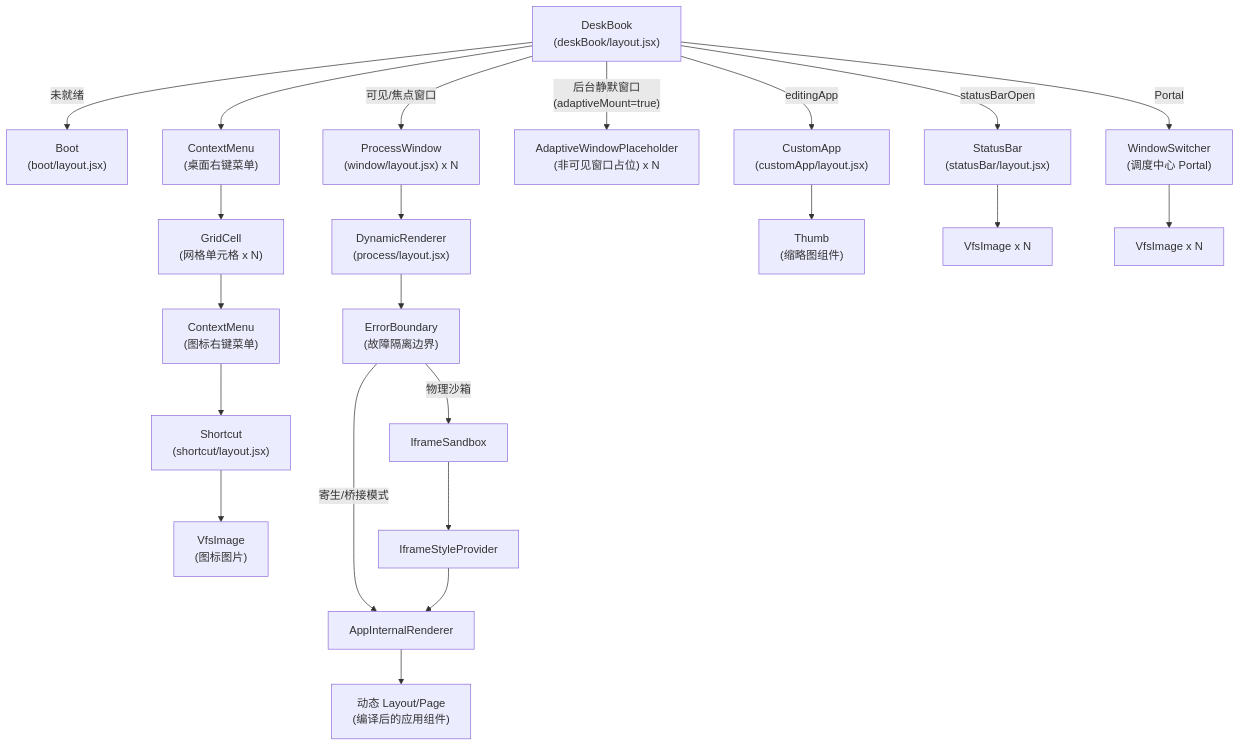
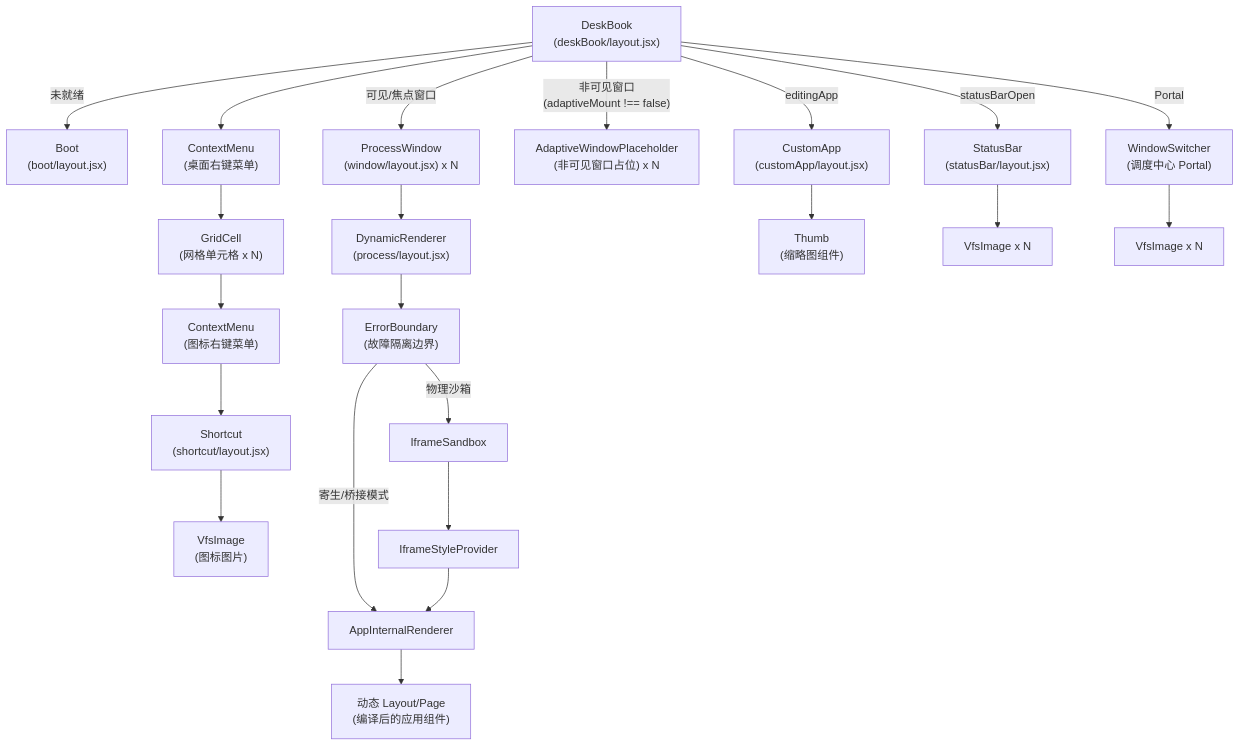
Before and after one commit to suluwanqing/sukinOS: the first of 2 diagrams in docs/module/02-deskbook.md, drawn with Mermaid. The commit also changed other lines of this file and 70 other files, not shown here.

````diff
--- a/docs/module/02-deskbook.md
+++ b/docs/module/02-deskbook.md
@@ -41,42 +41,42 @@
 ```mermaid
 graph TD
     DeskBook["DeskBook<br/>(deskBook/layout.jsx)"]
     Boot["Boot<br/>(boot/layout.jsx)"]
     CM_Desktop["ContextMenu<br/>(桌面右键菜单)"]
     GridCell["GridCell<br/>(网格单元格 x N)"]
     CM_Shortcut["ContextMenu<br/>(图标右键菜单)"]
     Shortcut["Shortcut<br/>(shortcut/layout.jsx)"]
     VfsImage_S["VfsImage<br/>(图标图片)"]
     ProcessWindow["ProcessWindow<br/>(window/layout.jsx) x N"]
     AdaptivePH["AdaptiveWindowPlaceholder<br/>(非可见窗口占位) x N"]
     CustomApp["CustomApp<br/>(customApp/layout.jsx)"]
     Switcher["WindowSwitcher<br/>(调度中心 Portal)"]
     StatusBar["StatusBar<br/>(statusBar/layout.jsx)"]
 
     DeskBook -->|"未就绪"| Boot
     DeskBook --> CM_Desktop
     CM_Desktop --> GridCell
     GridCell --> CM_Shortcut
     CM_Shortcut --> Shortcut
     Shortcut --> VfsImage_S
 
     DeskBook -->|"可见/焦点窗口"| ProcessWindow
-    DeskBook -->|"后台静默窗口<br/>(adaptiveMount=true)"| AdaptivePH
+    DeskBook -->|"非可见窗口<br/>(adaptiveMount !== false)"| AdaptivePH
 
     DeskBook -->|"editingApp"| CustomApp
     DeskBook -->|"Portal"| Switcher
     DeskBook -->|"statusBarOpen"| StatusBar
 
     ProcessWindow --> DynamicRenderer["DynamicRenderer<br/>(process/layout.jsx)"]
     DynamicRenderer --> ErrorBoundary["ErrorBoundary<br/>(故障隔离边界)"]
     ErrorBoundary -->|"寄生/桥接模式"| AppRenderer["AppInternalRenderer"]
     ErrorBoundary -->|"物理沙箱"| IframeSandbox["IframeSandbox"]
     IframeSandbox --> IframeStyleProvider["IframeStyleProvider"]
     IframeStyleProvider --> AppRenderer
     AppRenderer --> LayoutComponent["动态 Layout/Page<br/>(编译后的应用组件)"]
 
     CustomApp --> Thumb["Thumb<br/>(缩略图组件)"]
 
     StatusBar --> VfsImage_SB["VfsImage x N"]
     Switcher --> VfsImage_SW["VfsImage x N"]
 ```
````
